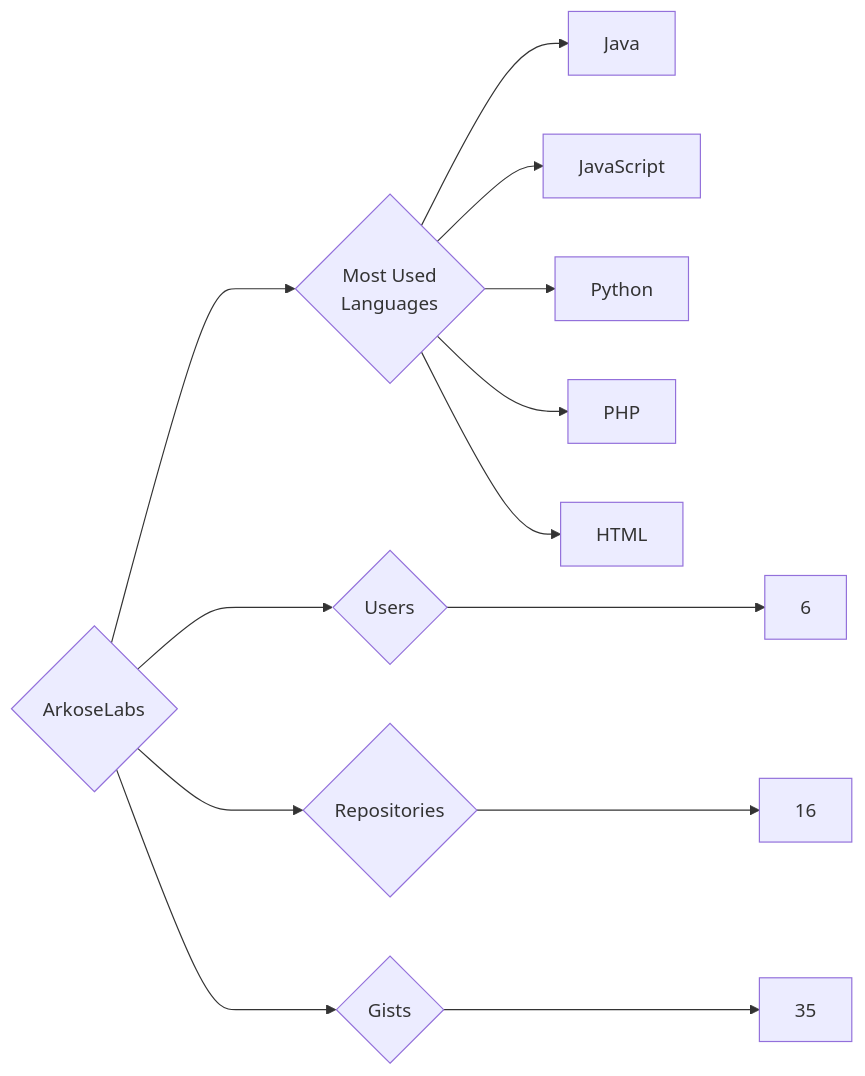
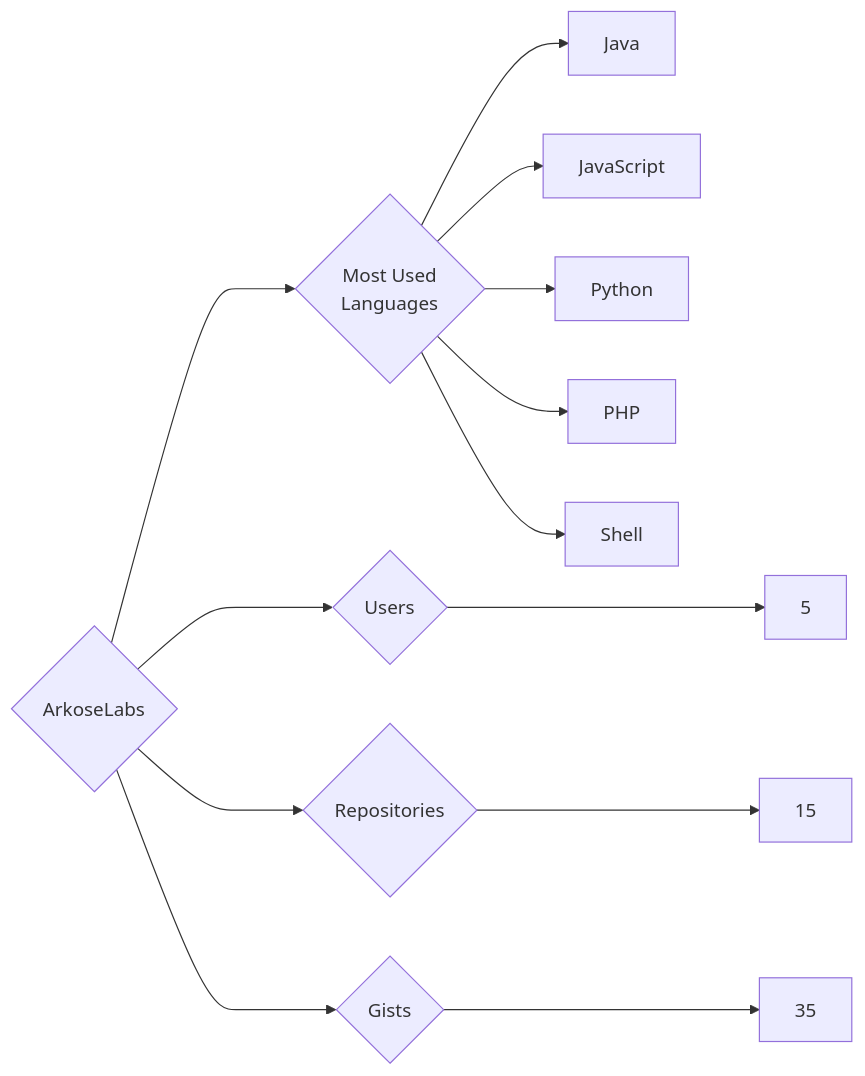
The diagram in targets/ArkoseLabs/README.md (trickest/insiders), drawn with Mermaid before and after one commit. The commit also changed 1089 other files, not shown here.

````diff
--- a/targets/ArkoseLabs/README.md
+++ b/targets/ArkoseLabs/README.md
@@ -3,13 +3,13 @@
 ```mermaid
 graph LR
 COMPANY_NAME{ArkoseLabs}
-COMPANY_NAME ---> U{Users} ---> UN[6]
-COMPANY_NAME ---> R{Repositories} ---> RN[16]
+COMPANY_NAME ---> U{Users} ---> UN[5]
+COMPANY_NAME ---> R{Repositories} ---> RN[15]
 COMPANY_NAME ---> G{Gists} ---> GN[35]
 COMPANY_NAME ---> ML{Most Used<br>Languages}
 ML --> Java[Java]
 ML --> JavaScript[JavaScript]
 ML --> Python[Python]
 ML --> PHP[PHP]
-ML --> HTML[HTML]
+ML --> Shell[Shell]
 ```
````
